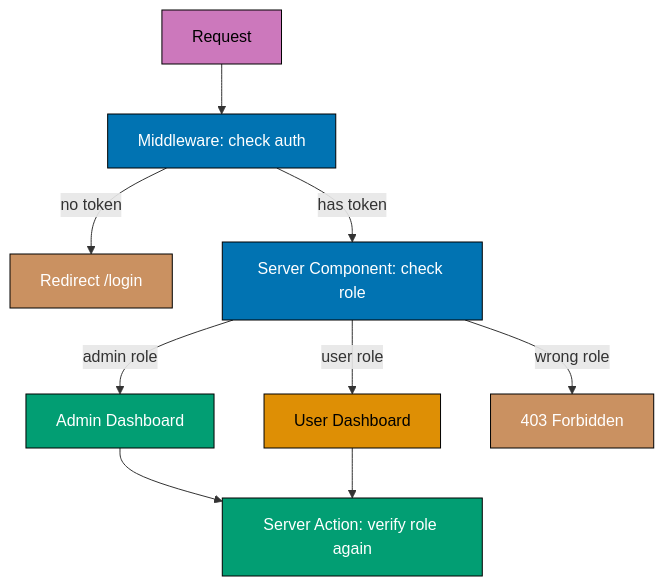
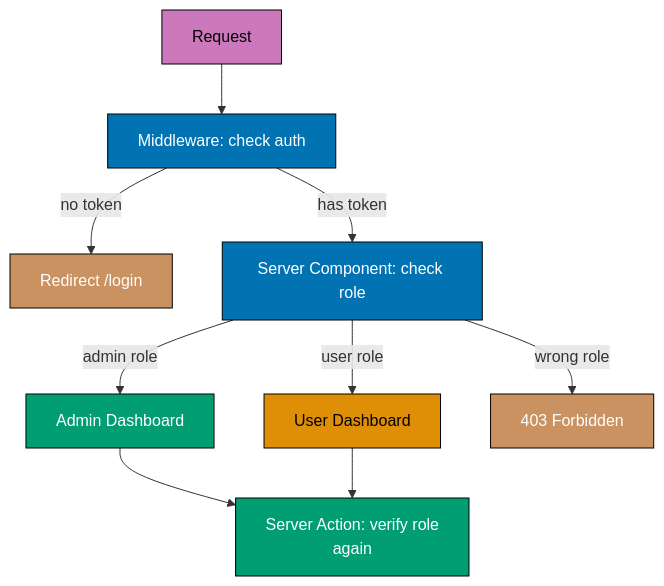
Diagram 11 of 12 in apps/ayokoding-web/content/en/learn/software-engineering/platforms/web/tools/fe-nextjs/by-example/advanced.md (wahidyankf/baseerah), drawn with Mermaid before and after one commit. The commit also changed other lines of this file and 17 other files, not shown here.

First line of the commit message:
fix(ci): scope pre-push mermaid check to governance + docs dirs

````diff
--- a/apps/ayokoding-web/content/en/learn/software-engineering/platforms/web/tools/fe-nextjs/by-example/advanced.md
+++ b/apps/ayokoding-web/content/en/learn/software-engineering/platforms/web/tools/fe-nextjs/by-example/advanced.md
@@ -2299,21 +2299,21 @@
 ```mermaid
 %% Color Palette: Blue #0173B2, Orange #DE8F05, Teal #029E73, Purple #CC78BC, Brown #CA9161
 graph TD
   A[Request] --> B[Middleware: check auth]
   B -->|no token| C[Redirect /login]
   B -->|has token| D[Server Component: check role]
   D -->|admin role| E[Admin Dashboard]
   D -->|user role| F[User Dashboard]
   D -->|wrong role| G[403 Forbidden]
-  E --> H[Server Action: verify role again]
+  E --> H[Server Action: verify role<br/>again]
   F --> H
 
   style A fill:#CC78BC,stroke:#000,color:#000
   style B fill:#0173B2,stroke:#000,color:#fff
   style C fill:#CA9161,stroke:#000,color:#fff
   style D fill:#0173B2,stroke:#000,color:#fff
   style E fill:#029E73,stroke:#000,color:#fff
   style F fill:#DE8F05,stroke:#000,color:#000
   style G fill:#CA9161,stroke:#000,color:#fff
   style H fill:#029E73,stroke:#000,color:#fff
 ```
````
